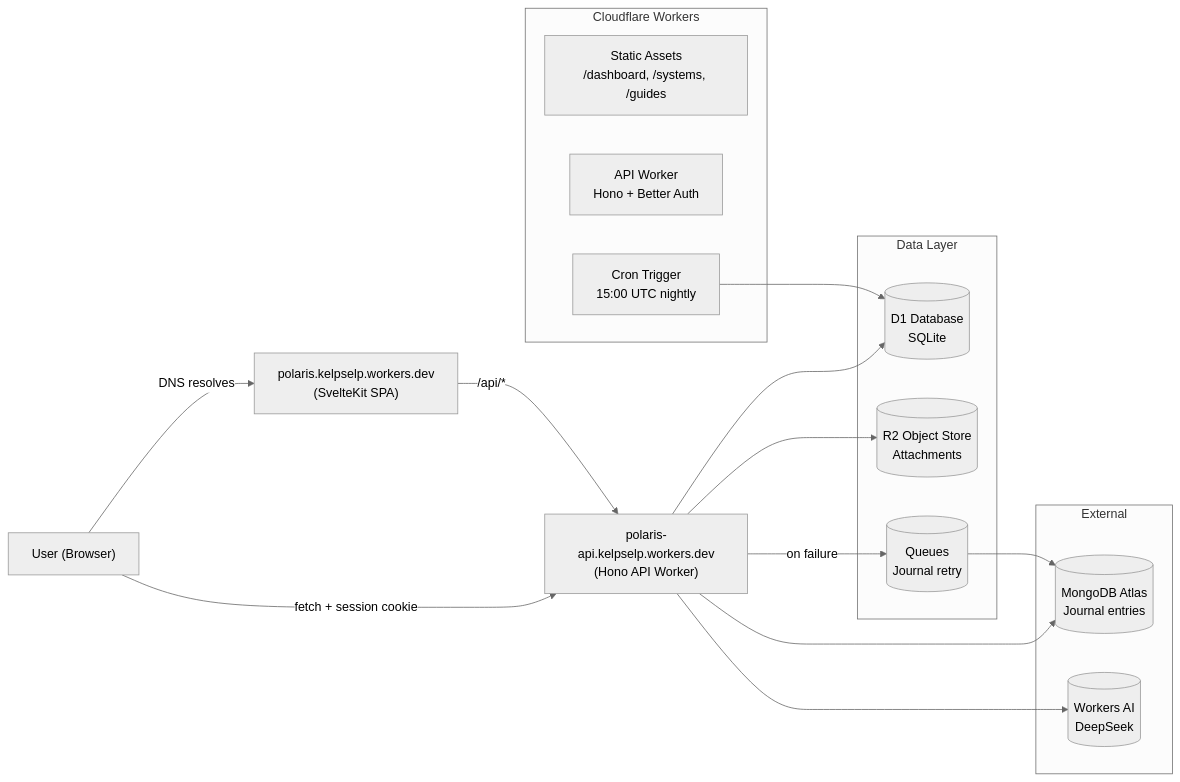
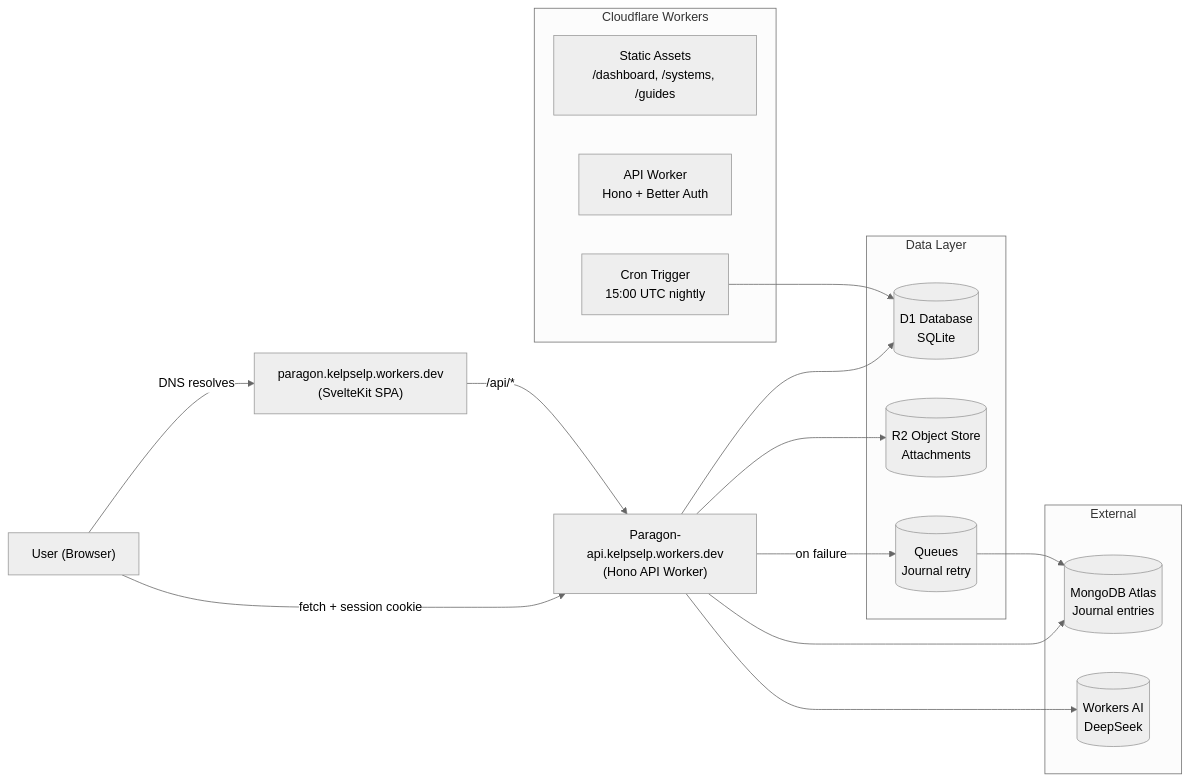
Before and after one commit to Zyxavy/Polaris: the second of 21 diagrams in docs/system-design.md, drawn with Mermaid (neutral theme). The commit also changed other lines of this file and 60 other files, not shown here.

````diff
--- a/docs/system-design.md
+++ b/docs/system-design.md
@@ -78,35 +78,35 @@
 ```mermaid
 flowchart LR
     User["User (Browser)"]
-    Domains["polaris.kelpselp.workers.dev<br/>(SvelteKit SPA)"]
-    ApiDomain["polaris-api.kelpselp.workers.dev<br/>(Hono API Worker)"]
+    Domains["paragon.kelpselp.workers.dev<br/>(SvelteKit SPA)"]
+    ApiDomain["Paragon-api.kelpselp.workers.dev<br/>(Hono API Worker)"]
 
     subgraph CF["Cloudflare Workers"]
         SPA["Static Assets<br/>/dashboard, /systems, /guides"]
         API["API Worker<br/>Hono + Better Auth"]
         CRON["Cron Trigger<br/>15:00 UTC nightly"]
     end
 
     subgraph Storage["Data Layer"]
         D1[("D1 Database<br/>SQLite")]
         R2[("R2 Object Store<br/>Attachments")]
         MQ[("Queues<br/>Journal retry")]
     end
 
     subgraph Ext["External"]
         MONGO[("MongoDB Atlas<br/>Journal entries")]
         WAI[("Workers AI<br/>DeepSeek")]
     end
 
     User -->|"DNS resolves"| Domains
     User -->|"fetch + session cookie"| ApiDomain
     Domains -->|"/api/*"| ApiDomain
     
     ApiDomain --> D1
     ApiDomain --> R2
     ApiDomain --> MONGO
     ApiDomain --> WAI
     ApiDomain -->|"on failure"| MQ
     MQ --> MONGO
     CRON --> D1
 ```
````
